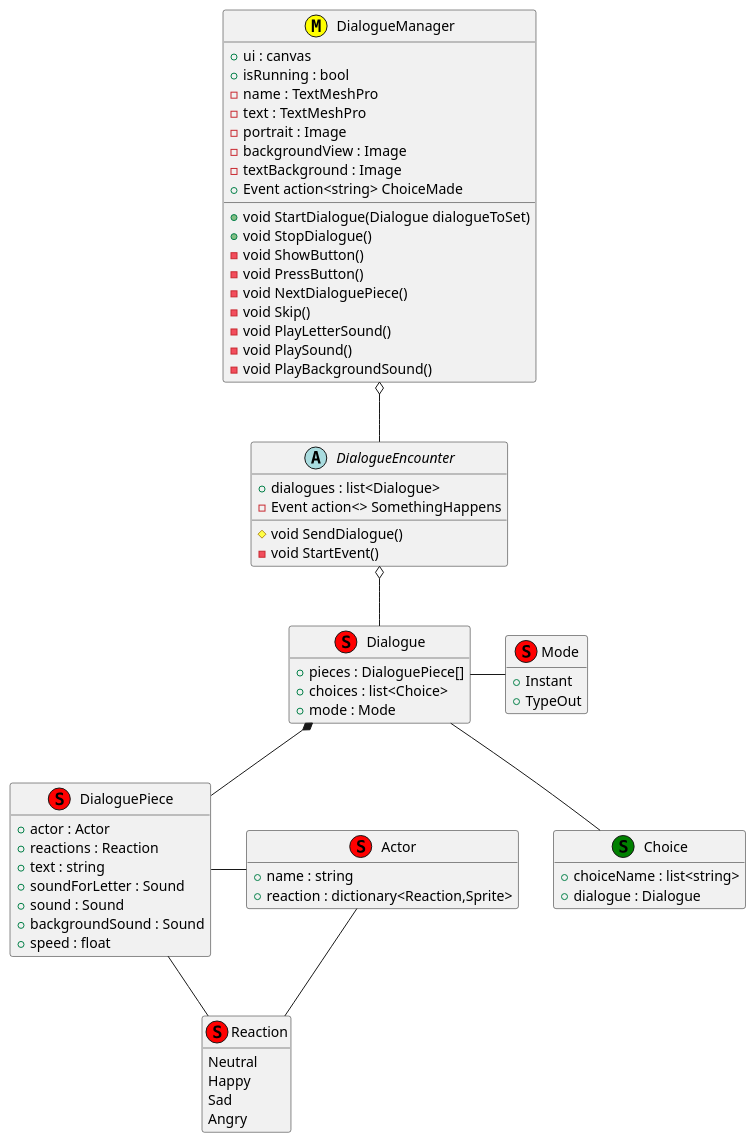
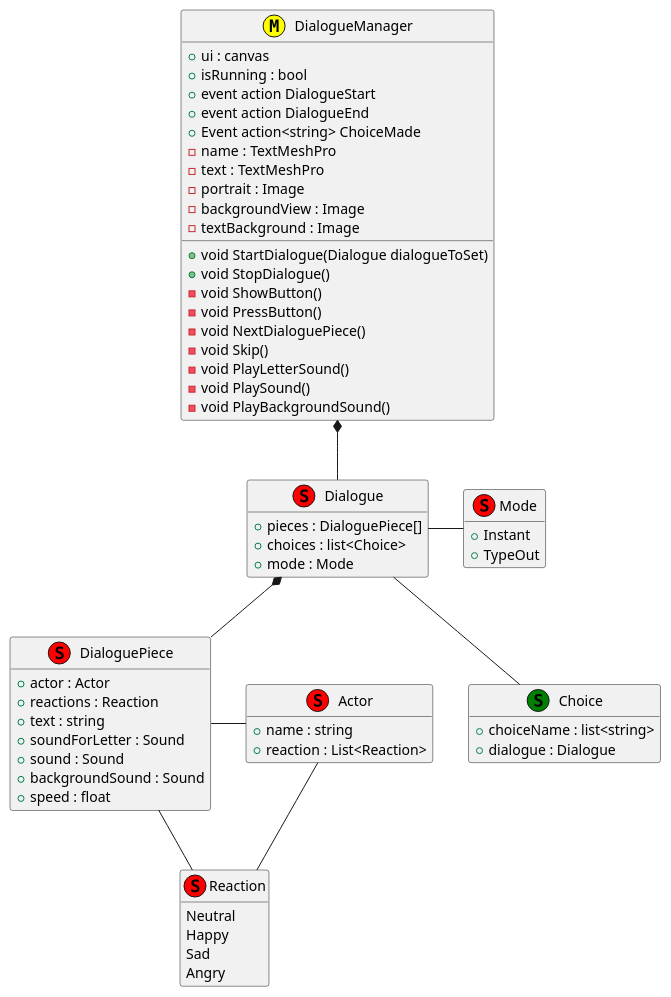
The diagram in DialogueSystem/DialogueSystem/Assets/Dialogue.puml (LucaP998/Dialogue), drawn with PlantUML before and after one commit. The commit also changed 10 other files, not shown here.

```diff
--- a/DialogueSystem/DialogueSystem/Assets/Dialogue.puml
+++ b/DialogueSystem/DialogueSystem/Assets/Dialogue.puml
@@ -1,81 +1,75 @@
 @startuml
 'Green is a struct'
 
 hide empty members
 
 class DialogueManager<<M, yellow>>{
     +ui : canvas 
     +isRunning : bool
+    +event action DialogueStart
+    +event action DialogueEnd
+    +Event action<string> ChoiceMade
     -name : TextMeshPro
     -text : TextMeshPro
     -portrait : Image
     -backgroundView : Image
     -textBackground : Image
-    +Event action<string> ChoiceMade
     +void StartDialogue(Dialogue dialogueToSet)
     +void StopDialogue()
     -void ShowButton()
     -void PressButton()
     -void NextDialoguePiece()
     -void Skip()
     -void PlayLetterSound()
     -void PlaySound()
     -void PlayBackgroundSound()
 }
 
-Abstract DialogueEncounter{
-    +dialogues : list<Dialogue>
-    #void SendDialogue()
-    -Event action<> SomethingHappens
-    -void StartEvent()
-}
-
 class Dialogue<<S, red>>{
     +pieces : DialoguePiece[]
     +choices : list<Choice>
     +mode : Mode
 }
 
 class Actor<<S, red>>{
     +name : string
-    +reaction : dictionary<Reaction,Sprite>
+    +reaction : List<Reaction>
 }
 
 class DialoguePiece<<S, red>>{
     +actor : Actor
     +reactions : Reaction
     +text : string
     +soundForLetter : Sound
     +sound : Sound
     +backgroundSound : Sound
     +speed : float
 }
 
 class Mode<<S, red>>{
     +Instant
     +TypeOut
 }
 
 Class Choice<<S, green>>{
     +choiceName : list<string>
     +dialogue : Dialogue
     
 }
 
 Class Reaction<<S, red>>{
     Neutral
     Happy
     Sad    
     Angry
 }
 
+DialogueManager *-- Dialogue
 Dialogue *-- DialoguePiece
 DialoguePiece - Actor
 Dialogue - Mode
-DialogueManager o-- DialogueEncounter
-DialogueEncounter o-- Dialogue
 Dialogue -- Choice
 DialoguePiece -- Reaction
 Actor -- Reaction
 
 @enduml
```
